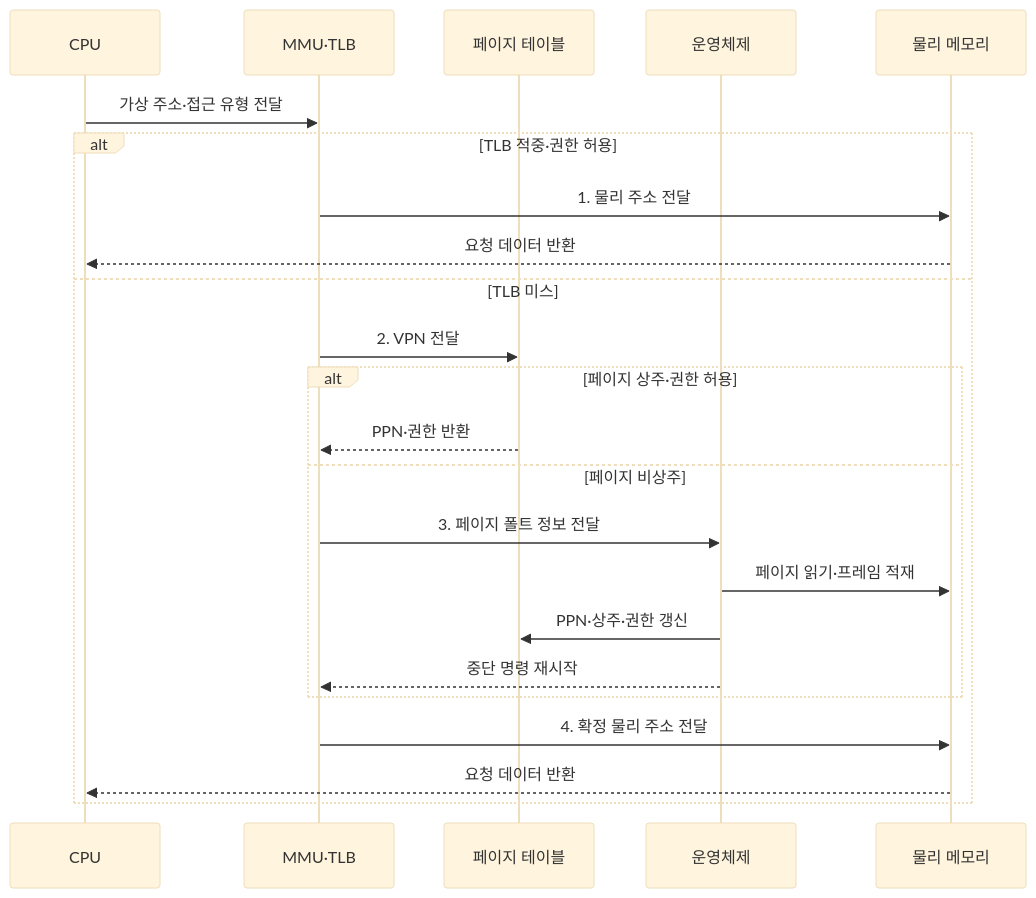
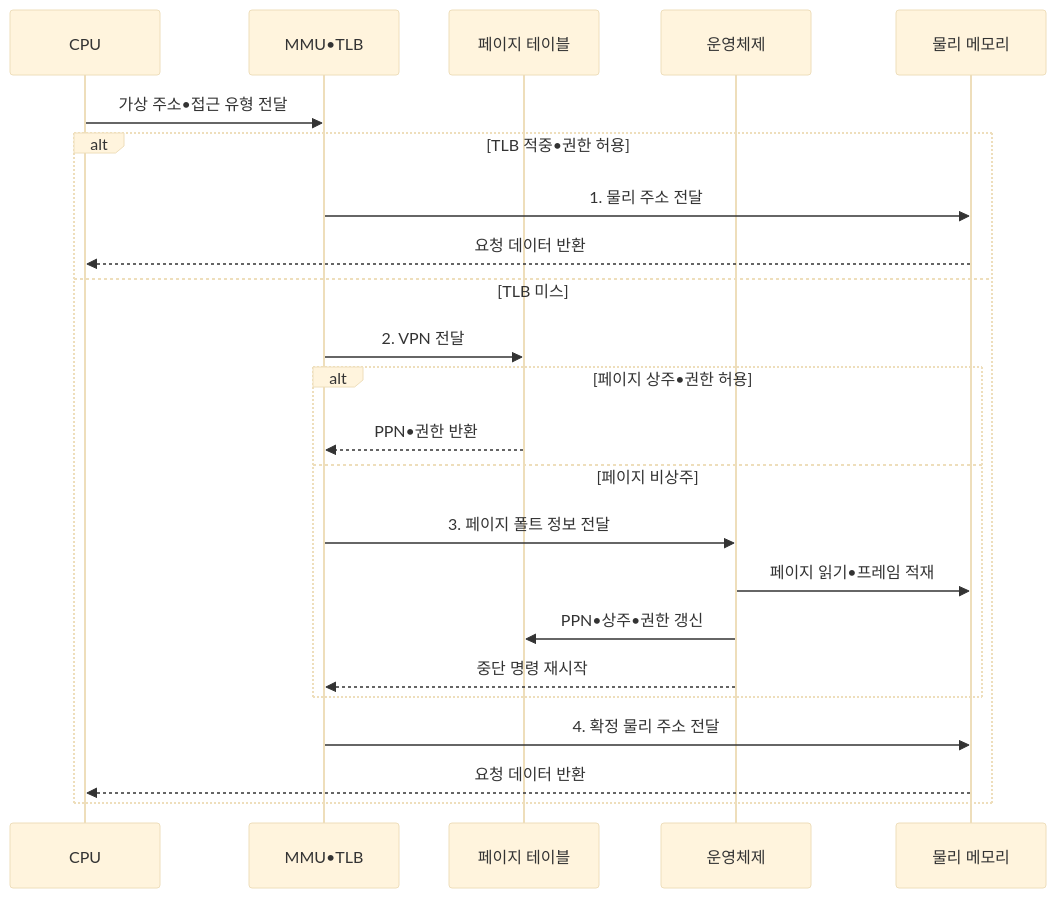
The second of 2 diagrams in src/content/docs/notes/02-hardware/017_virtual_memory_paging_segmentation.md (agnusdei1207/knowledge-base), drawn with Mermaid (base theme) before and after one commit. The commit also changed other lines of this file and 953 other files, not shown here.

````diff
--- a/src/content/docs/notes/02-hardware/017_virtual_memory_paging_segmentation.md
+++ b/src/content/docs/notes/02-hardware/017_virtual_memory_paging_segmentation.md
@@ -100,25 +100,25 @@
 ```mermaid
 sequenceDiagram
     participant C as CPU
-    participant M as MMU·TLB
+    participant M as MMU•TLB
     participant P as 페이지 테이블
     participant O as 운영체제
     participant R as 물리 메모리
-    C->>M: 가상 주소·접근 유형 전달
-    alt TLB 적중·권한 허용
+    C->>M: 가상 주소•접근 유형 전달
+    alt TLB 적중•권한 허용
         M->>R: 1. 물리 주소 전달
         R-->>C: 요청 데이터 반환
     else TLB 미스
         M->>P: 2. VPN 전달
-        alt 페이지 상주·권한 허용
-            P-->>M: PPN·권한 반환
+        alt 페이지 상주•권한 허용
+            P-->>M: PPN•권한 반환
         else 페이지 비상주
             M->>O: 3. 페이지 폴트 정보 전달
-            O->>R: 페이지 읽기·프레임 적재
-            O->>P: PPN·상주·권한 갱신
+            O->>R: 페이지 읽기•프레임 적재
+            O->>P: PPN•상주•권한 갱신
             O-->>M: 중단 명령 재시작
         end
         M->>R: 4. 확정 물리 주소 전달
         R-->>C: 요청 데이터 반환
     end
 ```
````
